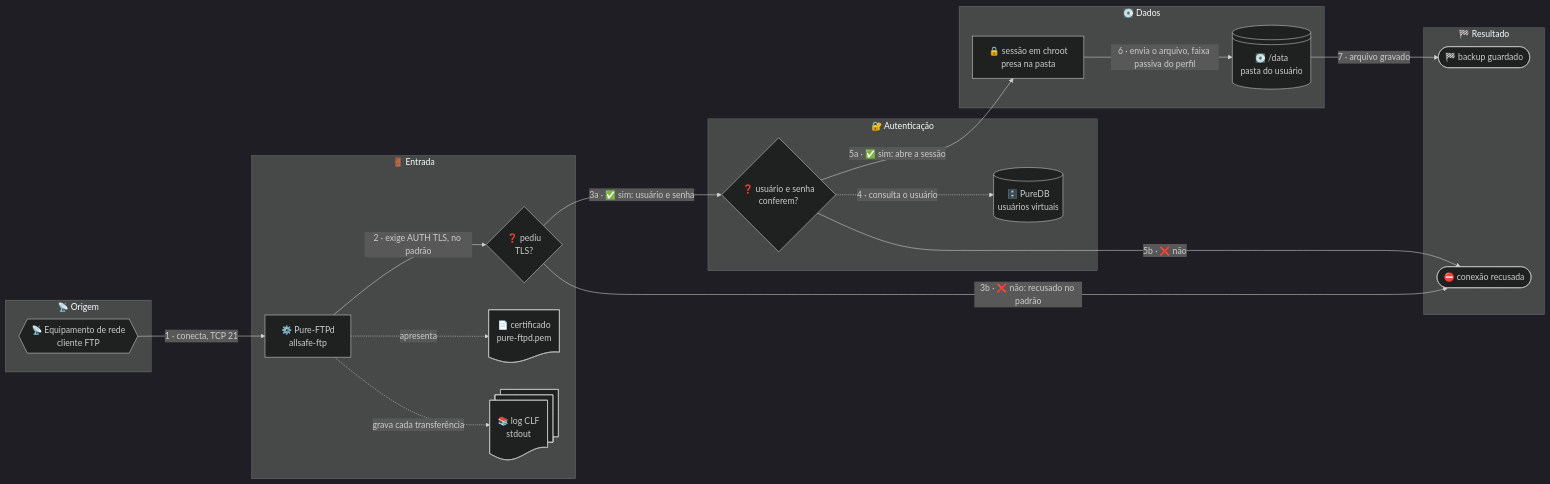
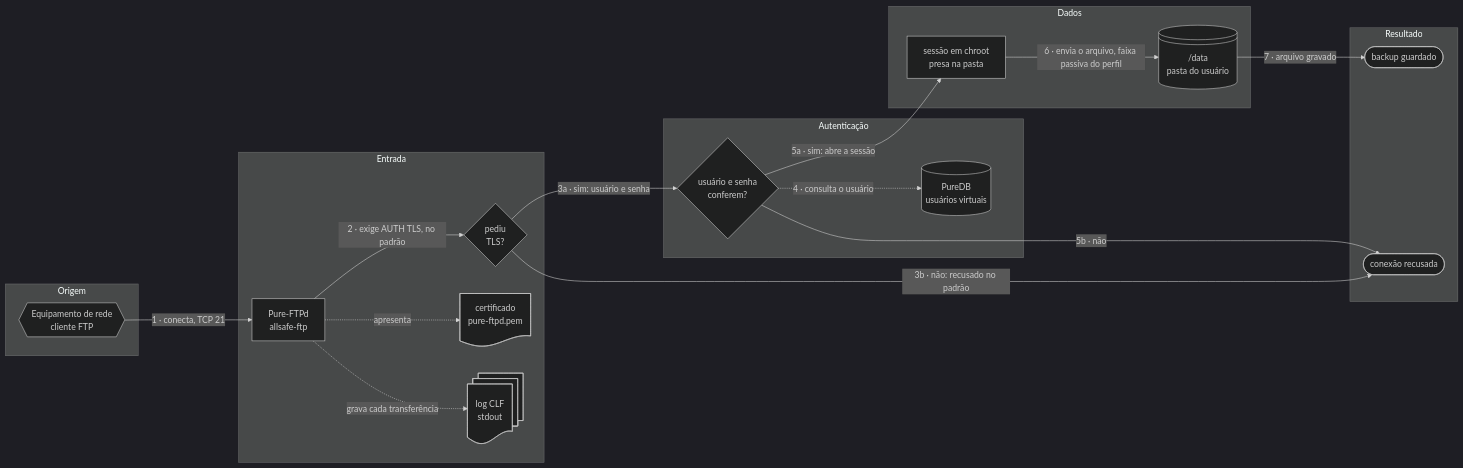
Before and after one commit to CarlosSuporteISP/allsafe-ftp-stack: the second of 4 diagrams in README.md, drawn with Mermaid. The commit also changed other lines of this file and 26 other files, not shown here.

First line of the commit message:
docs: diagramas sem emoji para a página abrir mais rápido (v0.5.1)

````diff
--- a/README.md
+++ b/README.md
@@ -140,37 +140,37 @@
 ```mermaid
 %%{init: {"theme": "dark"}}%%
 flowchart LR
-    subgraph ORIGEM["📡 Origem"]
-        equip@{ shape: hex, label: "📡 Equipamento de rede<br>cliente FTP" }
+    subgraph ORIGEM["Origem"]
+        equip@{ shape: hex, label: "Equipamento de rede<br>cliente FTP" }
     end
-    subgraph ENTRADA["🚪 Entrada"]
-        ftp@{ shape: rect, label: "⚙️ Pure-FTPd<br>allsafe-ftp" }
-        tls@{ shape: diam, label: "❓ pediu<br>TLS?" }
-        cert@{ shape: doc, label: "📄 certificado<br>pure-ftpd.pem" }
-        logs@{ shape: docs, label: "📚 log CLF<br>stdout" }
+    subgraph ENTRADA["Entrada"]
+        ftp@{ shape: rect, label: "Pure-FTPd<br>allsafe-ftp" }
+        tls@{ shape: diam, label: "pediu<br>TLS?" }
+        cert@{ shape: doc, label: "certificado<br>pure-ftpd.pem" }
+        logs@{ shape: docs, label: "log CLF<br>stdout" }
     end
-    subgraph AUTH["🔐 Autenticação"]
-        login@{ shape: diam, label: "❓ usuário e senha<br>conferem?" }
-        puredb@{ shape: cyl, label: "🗄️ PureDB<br>usuários virtuais" }
+    subgraph AUTH["Autenticação"]
+        login@{ shape: diam, label: "usuário e senha<br>conferem?" }
+        puredb@{ shape: cyl, label: "PureDB<br>usuários virtuais" }
     end
-    subgraph DADOS["💽 Dados"]
-        sessao@{ shape: rect, label: "🔒 sessão em chroot<br>presa na pasta" }
-        dados@{ shape: lin-cyl, label: "💽 /data<br>pasta do usuário" }
+    subgraph DADOS["Dados"]
+        sessao@{ shape: rect, label: "sessão em chroot<br>presa na pasta" }
+        dados@{ shape: lin-cyl, label: "/data<br>pasta do usuário" }
     end
-    subgraph RESULTADO["🏁 Resultado"]
-        fim@{ shape: stadium, label: "🏁 backup guardado" }
-        recusa@{ shape: stadium, label: "⛔ conexão recusada" }
+    subgraph RESULTADO["Resultado"]
+        fim@{ shape: stadium, label: "backup guardado" }
+        recusa@{ shape: stadium, label: "conexão recusada" }
     end
 
     equip -- "1 · conecta, TCP 21" --> ftp
     ftp -- "2 · exige AUTH TLS, no padrão" --> tls
-    tls -- "3a · ✅ sim: usuário e senha" --> login
-    tls -- "3b · ❌ não: recusado no padrão" --> recusa
+    tls -- "3a · sim: usuário e senha" --> login
+    tls -- "3b · não: recusado no padrão" --> recusa
     login -. "4 · consulta o usuário" .-> puredb
-    login -- "5a · ✅ sim: abre a sessão" --> sessao
-    login -- "5b · ❌ não" --> recusa
+    login -- "5a · sim: abre a sessão" --> sessao
+    login -- "5b · não" --> recusa
     sessao -- "6 · envia o arquivo, faixa passiva do perfil" --> dados
     dados -- "7 · arquivo gravado" --> fim
     ftp -. "apresenta" .-> cert
     ftp -. "grava cada transferência" .-> logs
 ```
````
